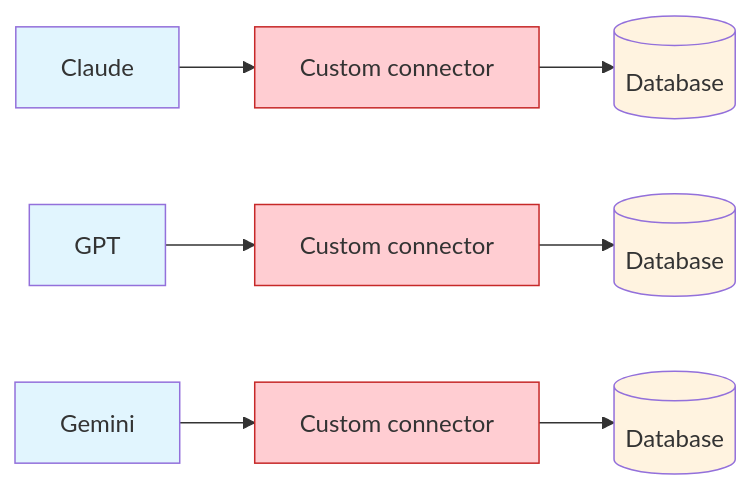
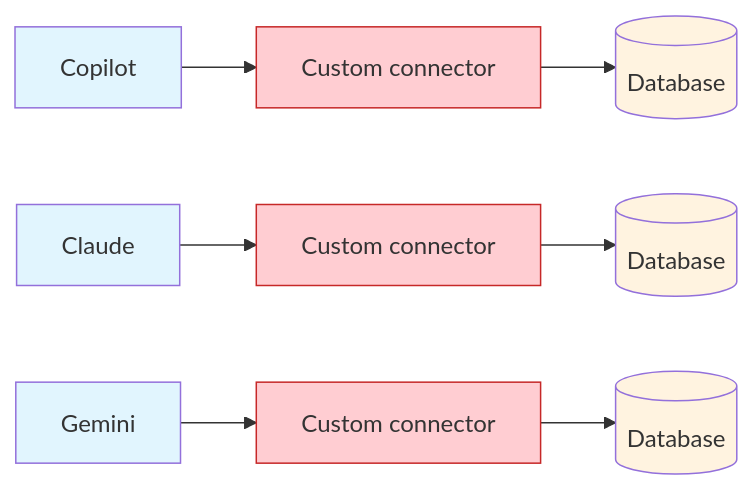
The diagram in images/mcp-problem.mmd (delegateas/agentic-swe-workshops), drawn with Mermaid before and after one commit. The commit also changed 3 other files, not shown here.

First line of the commit message:
docs: rename GPT to Copilot in MCP diagrams

```diff
--- a/images/mcp-problem.mmd
+++ b/images/mcp-problem.mmd
@@ -1,8 +1,8 @@
 flowchart LR
+    Copilot:::llm --> CC2[Custom connector]:::red --> DB2[(Database)]:::db
     Claude:::llm --> CC1[Custom connector]:::red --> DB1[(Database)]:::db
-    GPT:::llm --> CC2[Custom connector]:::red --> DB2[(Database)]:::db
     Gemini:::llm --> CC3[Custom connector]:::red --> DB3[(Database)]:::db
 
     classDef llm fill:#e1f5fe
     classDef red fill:#ffcdd2,stroke:#c62828
     classDef db fill:#fff3e0
```
